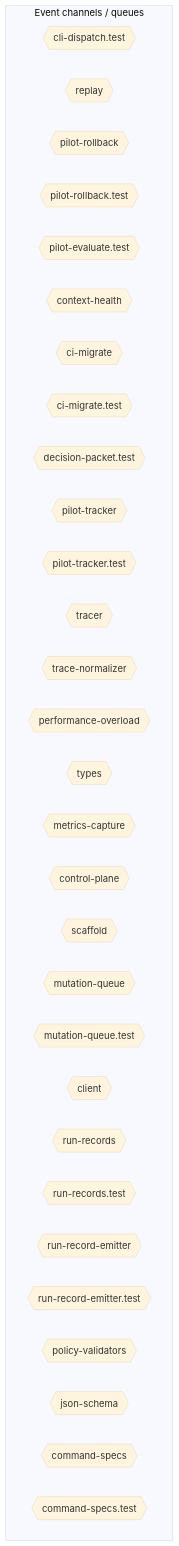
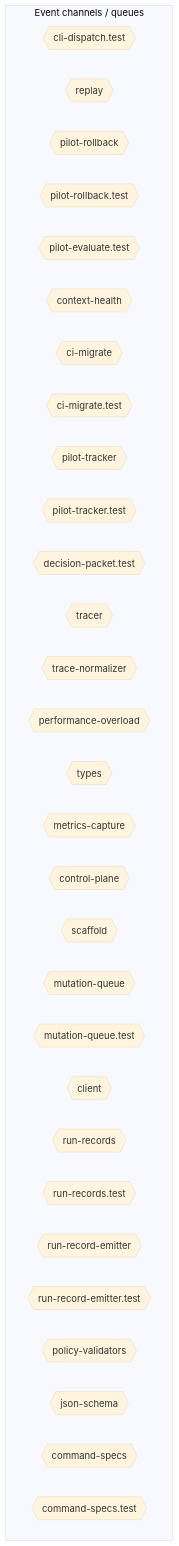
The sixth of 10 diagrams in AI/context/diagram-context.md (jscraik/coding-harness), drawn with Mermaid (base theme) before and after one commit. The commit also changed other lines of this file and 1 other file, not shown here.

First line of the commit message:
fix(diagrams): self-heal missing contract loader anchor

````diff
--- a/AI/context/diagram-context.md
+++ b/AI/context/diagram-context.md
@@ -1889,36 +1900,36 @@
 ```mermaid
 flowchart TD
   subgraph Channels["Event channels / queues"]
     cli_dispatch_test_54c9f17b{{"cli-dispatch.test"}}
     replay_ac203c98{{"replay"}}
     pilot_rollback_00c1f82c{{"pilot-rollback"}}
     pilot_rollback_test_e61d5a2b{{"pilot-rollback.test"}}
     pilot_evaluate_test_a2ac06fc{{"pilot-evaluate.test"}}
     context_health_80bb7da9{{"context-health"}}
     ci_migrate_78bb70b1{{"ci-migrate"}}
     ci_migrate_test_2a015bb9{{"ci-migrate.test"}}
-    decision_packet_test_9ea0e97b{{"decision-packet.test"}}
     pilot_tracker_5c767813{{"pilot-tracker"}}
     pilot_tracker_test_80398a66{{"pilot-tracker.test"}}
+    decision_packet_test_9ea0e97b{{"decision-packet.test"}}
     tracer_1e6243a2{{"tracer"}}
     trace_normalizer_cb1be1d2{{"trace-normalizer"}}
     performance_overload_c685bfcf{{"performance-overload"}}
-    types_10_75e5a4a0{{"types"}}
+    types_9_1db4641f{{"types"}}
     metrics_capture_1d1a2c08{{"metrics-capture"}}
     control_plane_96826665{{"control-plane"}}
     scaffold_db8a7260{{"scaffold"}}
     mutation_queue_ce5a530e{{"mutation-queue"}}
     mutation_queue_test_10b599e8{{"mutation-queue.test"}}
     client_1_914e1681{{"client"}}
     run_records_f616aa7c{{"run-records"}}
     run_records_test_3ee6a0e3{{"run-records.test"}}
     run_record_emitter_00168a3a{{"run-record-emitter"}}
     run_record_emitter_test_5475c0da{{"run-record-emitter.test"}}
     policy_validators_6682e192{{"policy-validators"}}
     json_schema_74a768d7{{"json-schema"}}
     command_specs_69167c63{{"command-specs"}}
     command_specs_test_7f693e85{{"command-specs.test"}}
   end
   classDef eventNode fill:#db2777,color:#fff
 
 ```
````
